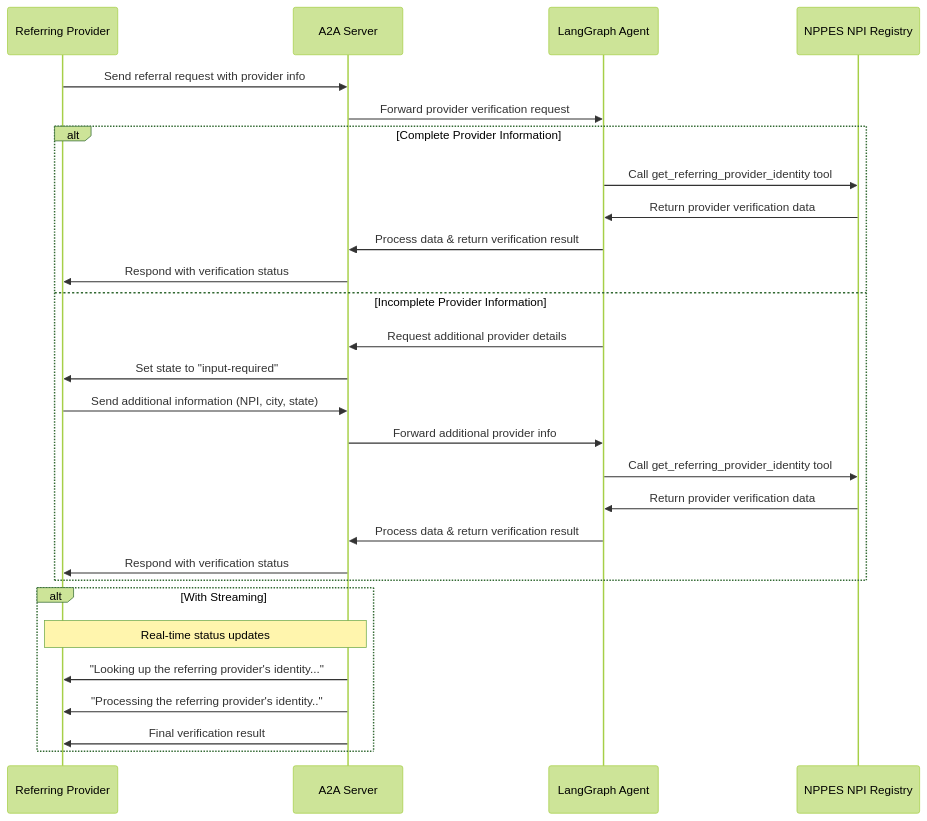
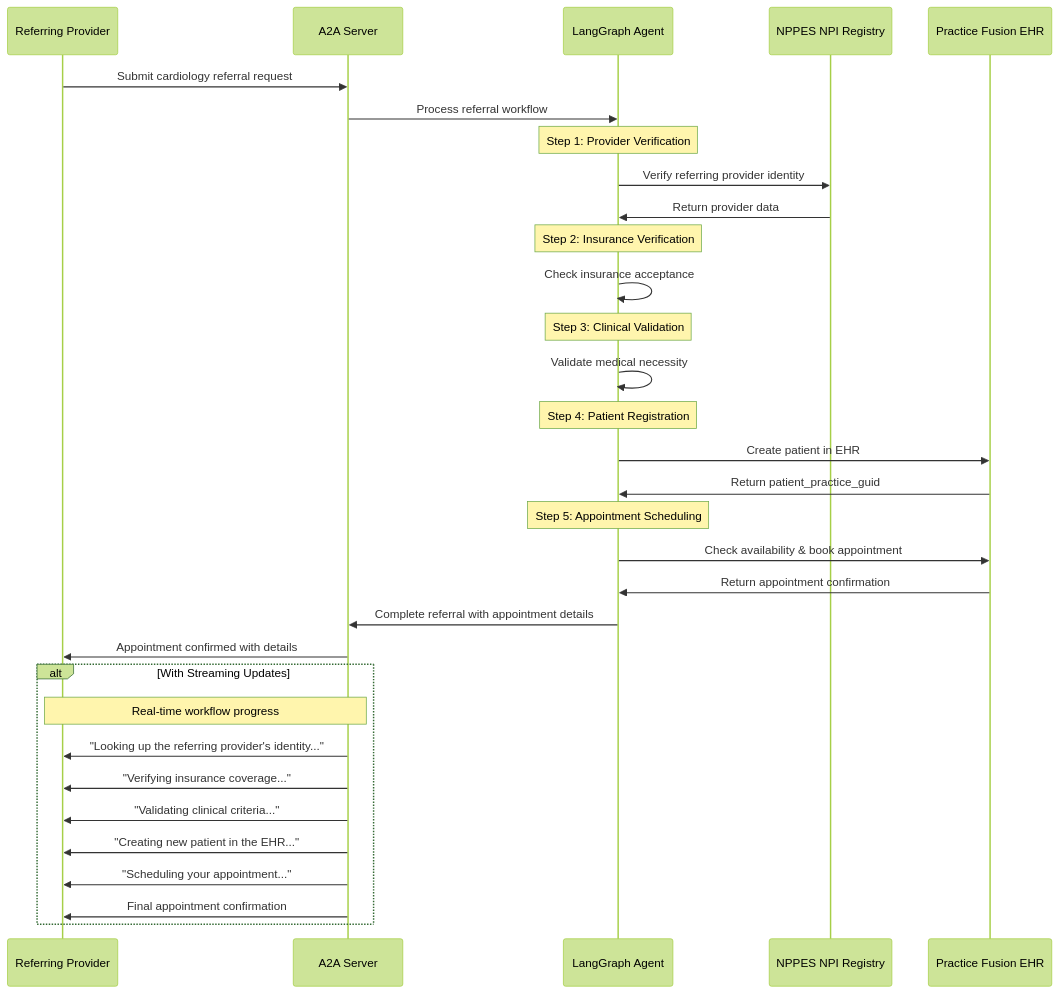
Before and after one commit to durvester/Hl7-language-first-agent: the diagram in Readme.MD, drawn with Mermaid (forest theme). The commit also changed other lines of this file, not shown here.

First line of the commit message:
Update README.md to reflect complete cardiology referral workflow

````diff
--- a/Readme.MD
+++ b/Readme.MD
@@ -9,33 +16,42 @@
 ```mermaid
 sequenceDiagram
     participant Provider as Referring Provider
     participant Server as A2A Server
     participant Agent as LangGraph Agent
     participant NPPES as NPPES NPI Registry
+    participant PF as Practice Fusion EHR
 
-    Provider->>Server: Send referral request with provider info
-    Server->>Agent: Forward provider verification request
-    
-    alt Complete Provider Information
-        Agent->>NPPES: Call get_referring_provider_identity tool
-        NPPES->>Agent: Return provider verification data
-        Agent->>Server: Process data & return verification result
-        Server->>Provider: Respond with verification status
-    else Incomplete Provider Information
-        Agent->>Server: Request additional provider details
-        Server->>Provider: Set state to "input-required"
-        Provider->>Server: Send additional information (NPI, city, state)
-        Server->>Agent: Forward additional provider info
-        Agent->>NPPES: Call get_referring_provider_identity tool
-        NPPES->>Agent: Return provider verification data
-        Agent->>Server: Process data & return verification result
-        Server->>Provider: Respond with verification status
-    end
+    Provider->>Server: Submit cardiology referral request
+    Server->>Agent: Process referral workflow
 
-    alt With Streaming
-        Note over Provider,Server: Real-time status updates
+    Note over Agent: Step 1: Provider Verification
+    Agent->>NPPES: Verify referring provider identity
+    NPPES->>Agent: Return provider data
+
+    Note over Agent: Step 2: Insurance Verification
+    Agent->>Agent: Check insurance acceptance
+
+    Note over Agent: Step 3: Clinical Validation
+    Agent->>Agent: Validate medical necessity
+
+    Note over Agent: Step 4: Patient Registration
+    Agent->>PF: Create patient in EHR
+    PF->>Agent: Return patient_practice_guid
+
+    Note over Agent: Step 5: Appointment Scheduling
+    Agent->>PF: Check availability & book appointment
+    PF->>Agent: Return appointment confirmation
+
+    Agent->>Server: Complete referral with appointment details
+    Server->>Provider: Appointment confirmed with details
+
+    alt With Streaming Updates
+        Note over Provider,Server: Real-time workflow progress
         Server->>Provider: "Looking up the referring provider's identity..."
-        Server->>Provider: "Processing the referring provider's identity.."
-        Server->>Provider: Final verification result
+        Server->>Provider: "Verifying insurance coverage..."
+        Server->>Provider: "Validating clinical criteria..."
+        Server->>Provider: "Creating new patient in the EHR..."
+        Server->>Provider: "Scheduling your appointment..."
+        Server->>Provider: Final appointment confirmation
     end
 ```
````
